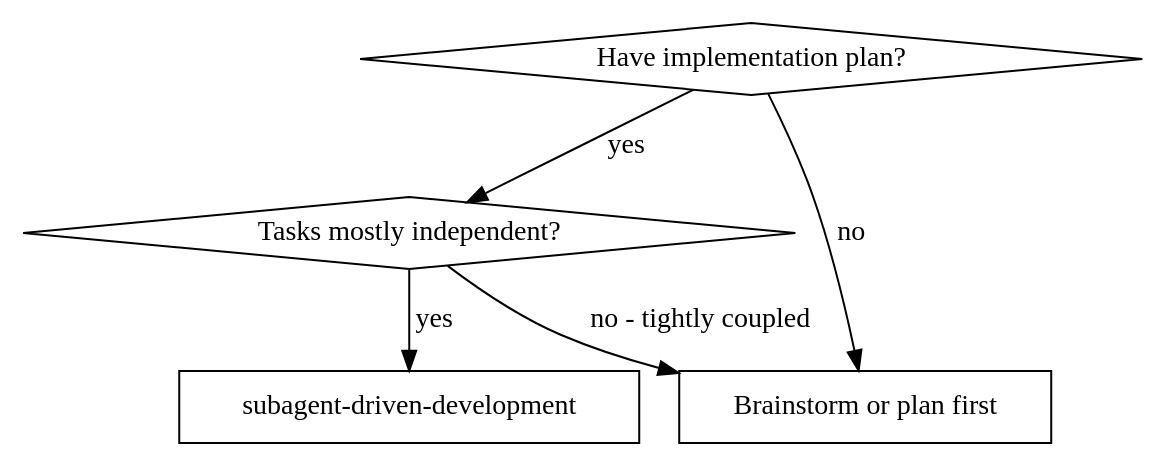
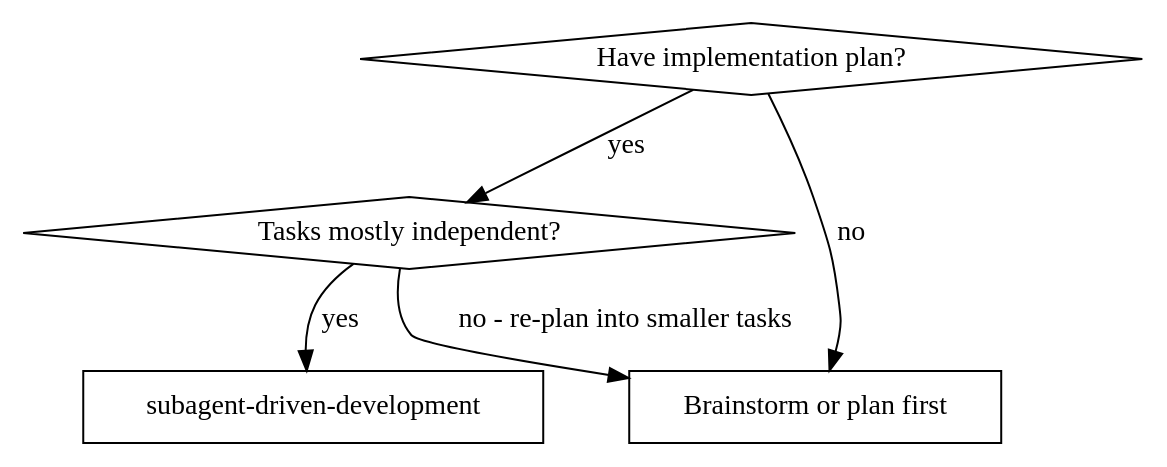
The first of 2 diagrams in plugins/superpowers-pro/skills/subagent-driven-development/SKILL.md (platootalp/claude-harness), drawn with Graphviz before and after one commit.

Commit message:
fix(superpowers-pro): clarify decision graph edge for tightly-coupled tasks

````diff
--- a/plugins/superpowers-pro/skills/subagent-driven-development/SKILL.md
+++ b/plugins/superpowers-pro/skills/subagent-driven-development/SKILL.md
@@ -18,13 +18,13 @@
 ```dot
 digraph when_to_use {
     "Have implementation plan?" [shape=diamond];
     "Tasks mostly independent?" [shape=diamond];
     "subagent-driven-development" [shape=box];
     "Brainstorm or plan first" [shape=box];
 
     "Have implementation plan?" -> "Tasks mostly independent?" [label="yes"];
     "Have implementation plan?" -> "Brainstorm or plan first" [label="no"];
     "Tasks mostly independent?" -> "subagent-driven-development" [label="yes"];
-    "Tasks mostly independent?" -> "Brainstorm or plan first" [label="no - tightly coupled"];
+    "Tasks mostly independent?" -> "Brainstorm or plan first" [label="no - re-plan into smaller tasks"];
 }
 ```
````
